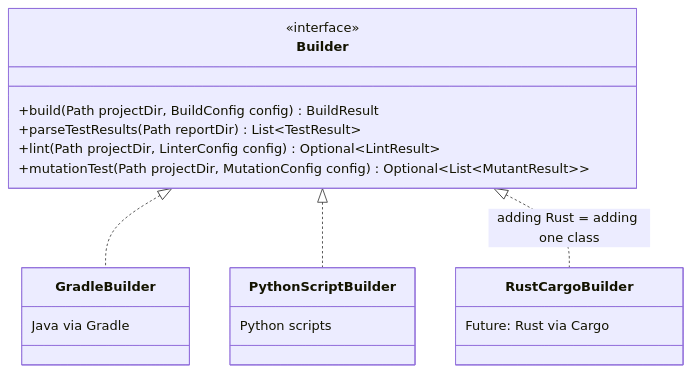
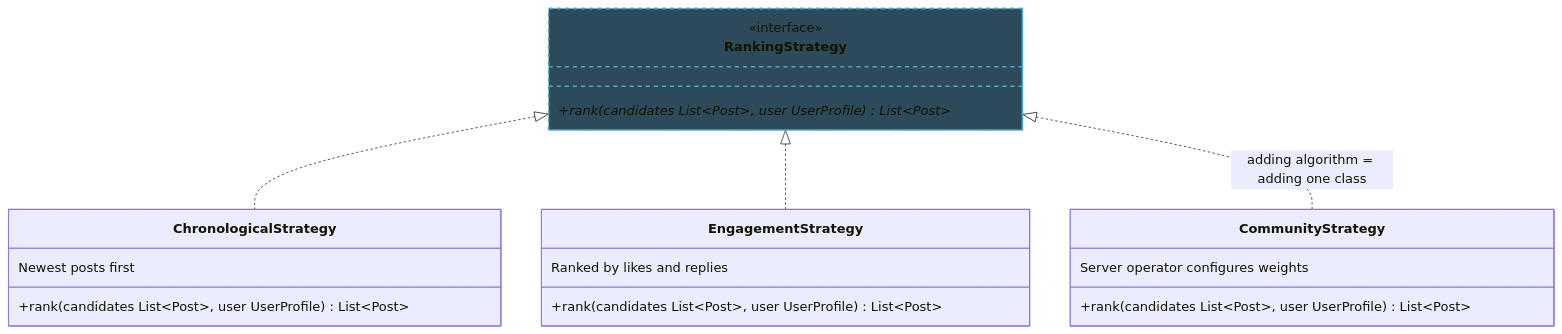
Before and after one commit to neu-pdi/cs3100-public-resources: the eighth of 8 diagrams in lecture-slides-spertus/l18-architecture-design.mdx, drawn with Mermaid. The commit also changed other lines of this file, not shown here.

````diff
--- a/lecture-slides-spertus/l18-architecture-design.mdx
+++ b/lecture-slides-spertus/l18-architecture-design.mdx
@@ -1434,23 +1204,25 @@
 ```mermaid
 classDiagram
-    class Builder {
+    class RankingStrategy {
         <<interface>>
-        +build(Path projectDir, BuildConfig config) BuildResult
-        +parseTestResults(Path reportDir) List~TestResult~
-        +lint(Path projectDir, LinterConfig config) Optional~LintResult~
-        +mutationTest(Path projectDir, MutationConfig config) Optional~List~MutantResult~~
+        +rank(candidates List~Post~, user UserProfile) List~Post~*
     }
-    class GradleBuilder {
-        Java via Gradle
+    class ChronologicalStrategy {
+        Newest posts first
+        +rank(candidates List~Post~, user UserProfile) List~Post~
     }
-    class PythonScriptBuilder {
-        Python scripts
+    class EngagementStrategy {
+        Ranked by likes and replies
+        +rank(candidates List~Post~, user UserProfile) List~Post~
     }
-    class RustCargoBuilder {
-        Future: Rust via Cargo
+    class CommunityStrategy {
+        Server operator configures weights
+        +rank(candidates List~Post~, user UserProfile) List~Post~
     }
 
-    Builder <|.. GradleBuilder
-    Builder <|.. PythonScriptBuilder
-    Builder <|.. RustCargoBuilder : adding Rust = adding one class
+    RankingStrategy <|.. ChronologicalStrategy
+    RankingStrategy <|.. EngagementStrategy
+    RankingStrategy <|.. CommunityStrategy : adding algorithm = adding one class
+
+    style RankingStrategy fill:#2d4a5a,stroke:#4ac,stroke-width:2px,stroke-dasharray: 5 5
 ```
````
